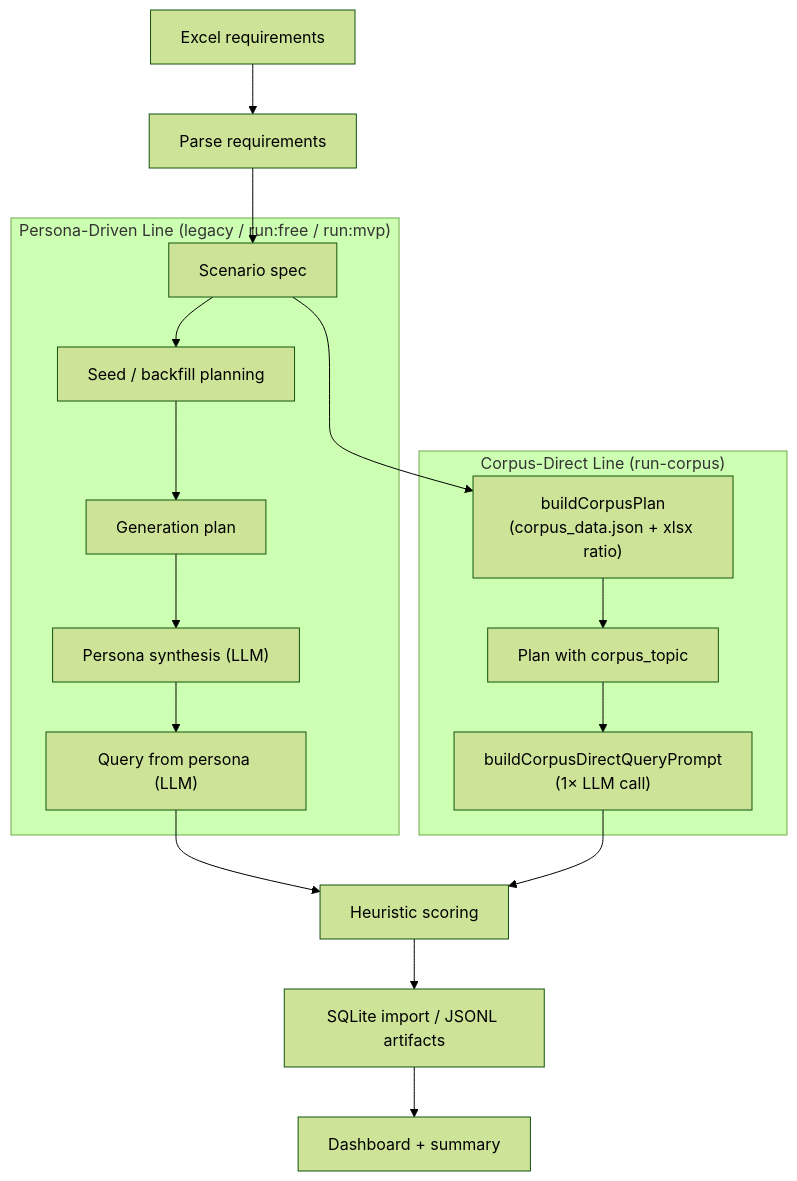
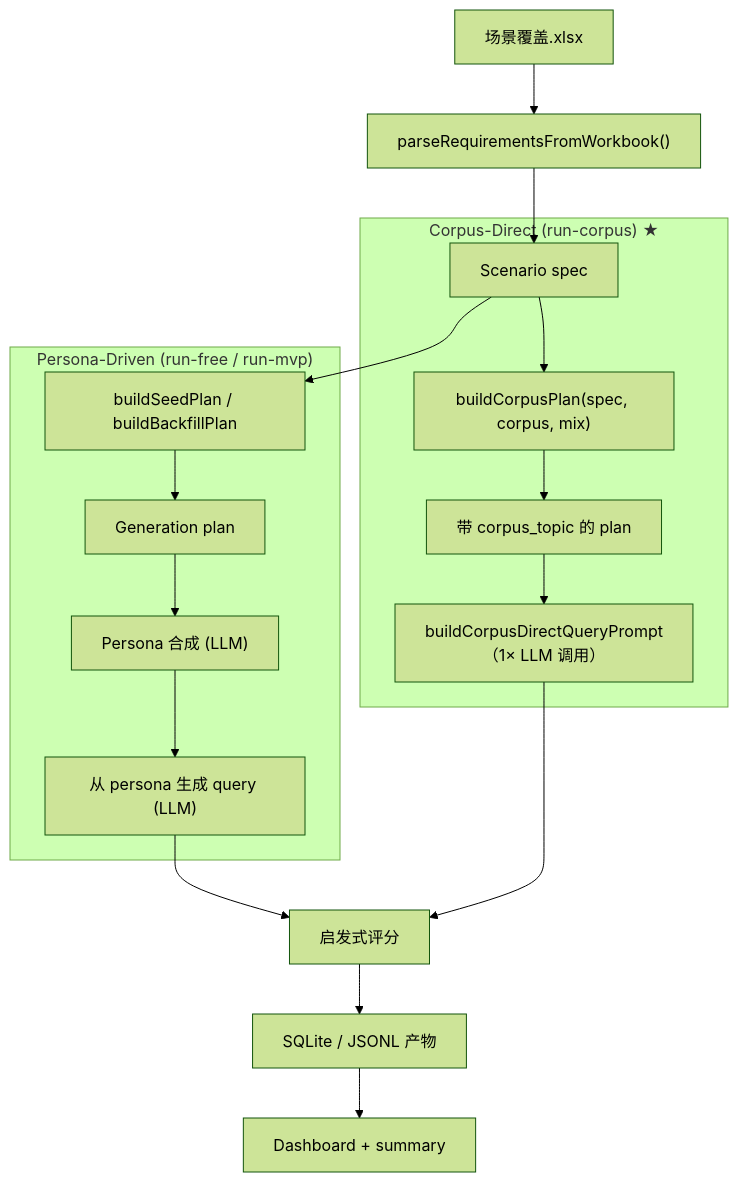
Before and after one commit to PlevanTem/queryMaker: the first of 2 diagrams in README.md, drawn with Mermaid (forest theme). The commit also changed other lines of this file and 1 other file, not shown here.

````diff
--- a/README.md
+++ b/README.md
@@ -269,23 +126,23 @@
 ```mermaid
 flowchart TD
-    A["Excel requirements"] --> B["Parse requirements"]
+    A["场景覆盖.xlsx"] --> B["parseRequirementsFromWorkbook()"]
     B --> C["Scenario spec"]
 
-    subgraph PersonaLine["Persona-Driven Line (legacy / run:free / run:mvp)"]
-      C --> D1["Seed / backfill planning"]
-      D1 --> E1["Generation plan"]
-      E1 --> F1["Persona synthesis (LLM)"]
-      F1 --> G1["Query from persona (LLM)"]
+    subgraph CorpusLine["Corpus-Direct (run-corpus) ★"]
+      C --> D2["buildCorpusPlan(spec, corpus, mix)"]
+      D2 --> E2["带 corpus_topic 的 plan"]
+      E2 --> G2["buildCorpusDirectQueryPrompt<br/>（1× LLM 调用）"]
     end
 
-    subgraph CorpusLine["Corpus-Direct Line (run-corpus)"]
-      C --> D2["buildCorpusPlan<br/>(corpus_data.json + xlsx ratio)"]
-      D2 --> E2["Plan with corpus_topic"]
-      E2 --> G2["buildCorpusDirectQueryPrompt<br/>(1× LLM call)"]
+    subgraph PersonaLine["Persona-Driven (run-free / run-mvp)"]
+      C --> D1["buildSeedPlan / buildBackfillPlan"]
+      D1 --> E1["Generation plan"]
+      E1 --> F1["Persona 合成 (LLM)"]
+      F1 --> G1["从 persona 生成 query (LLM)"]
     end
 
-    G1 --> H["Heuristic scoring"]
+    G1 --> H["启发式评分"]
     G2 --> H
-    H --> I["SQLite import / JSONL artifacts"]
+    H --> I["SQLite / JSONL 产物"]
     I --> J["Dashboard + summary"]
 ```
````
